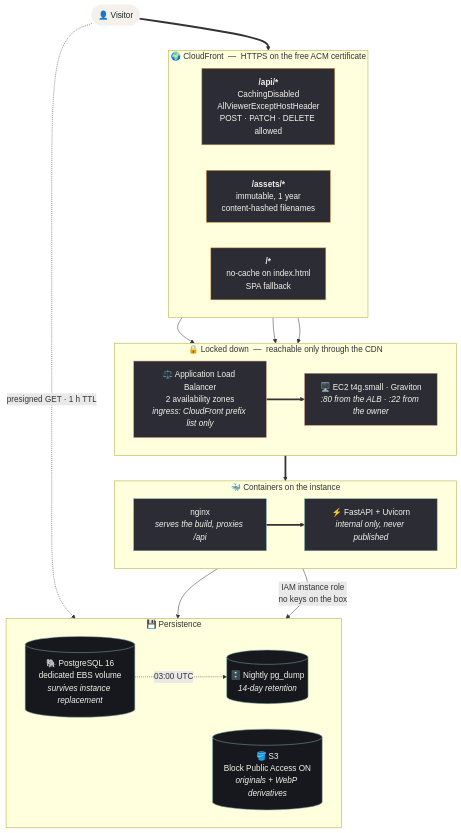
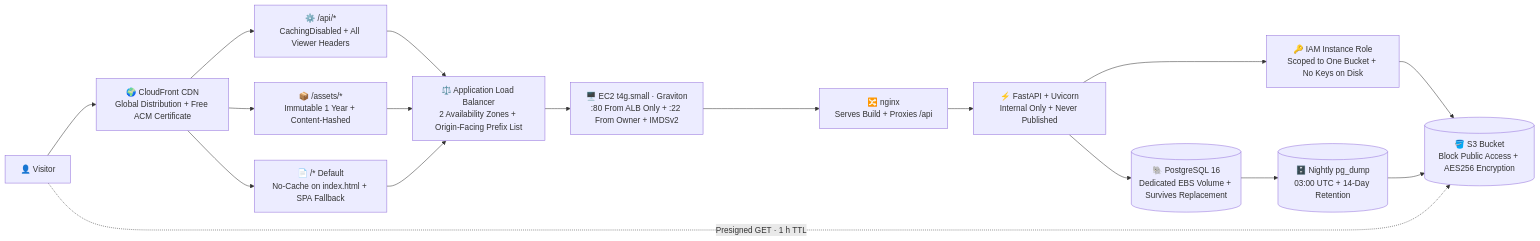
One commit to sylvrs-celeste/dreamDraw changed the diagram in README.md. Above: the diagram before and after it, drawn with Mermaid.

Commit message:
Restyle architecture diagram to a flat left-to-right flow

````diff
--- a/README.md
+++ b/README.md
@@ -32,50 +32,31 @@
 ```mermaid
-graph TD
-    V(["👤 Visitor"])
+graph LR
 
-    subgraph EDGE ["🌍 CloudFront &nbsp;&mdash;&nbsp; HTTPS on the free ACM certificate"]
-        direction LR
-        API_B["<b>/api/*</b><br/>CachingDisabled<br/>AllViewerExceptHostHeader<br/>POST · PATCH · DELETE allowed"]
-        AST_B["<b>/assets/*</b><br/>immutable, 1 year<br/>content-hashed filenames"]
-        APP_B["<b>/*</b><br/>no-cache on index.html<br/>SPA fallback"]
-    end
+  %% ============= USER ENTRY =============
+  U[👤 Visitor] --> CF[🌍 CloudFront CDN<br/>Global Distribution + Free ACM Certificate]
 
-    subgraph NET ["🔒 Locked down &nbsp;&mdash;&nbsp; reachable only through the CDN"]
-        direction LR
-        ALB["⚖️ Application Load Balancer<br/>2 availability zones<br/><i>ingress: CloudFront prefix list only</i>"]
-        EC2["🖥️ EC2 t4g.small · Graviton<br/><i>:80 from the ALB · :22 from the owner</i>"]
-    end
+  %% ============= EDGE BEHAVIOURS =============
+  CF --> APIB[⚙️ /api/*<br/>CachingDisabled + All Viewer Headers]
+  CF --> ASTB[📦 /assets/*<br/>Immutable 1 Year + Content-Hashed]
+  CF --> APPB[📄 /* Default<br/>No-Cache on index.html + SPA Fallback]
 
-    subgraph HOST ["🐳 Containers on the instance"]
-        direction LR
-        WEB["nginx<br/><i>serves the build, proxies /api</i>"]
-        API["⚡ FastAPI + Uvicorn<br/><i>internal only, never published</i>"]
-    end
+  %% ============= NETWORK LOCKDOWN =============
+  APIB --> ALB[⚖️ Application Load Balancer<br/>2 Availability Zones + Origin-Facing Prefix List]
+  ASTB --> ALB
+  APPB --> ALB
+  ALB --> EC2[🖥️ EC2 t4g.small · Graviton<br/>:80 From ALB Only + :22 From Owner + IMDSv2]
 
-    subgraph DATA ["💾 Persistence"]
-        direction LR
-        DB[("🐘 PostgreSQL 16<br/>dedicated EBS volume<br/><i>survives instance replacement</i>")]
-        S3[("🪣 S3<br/>Block Public Access ON<br/><i>originals + WebP derivatives</i>")]
-        BAK[("🗄️ Nightly pg_dump<br/><i>14-day retention</i>")]
-    end
+  %% ============= CONTAINERS =============
+  EC2 --> WEB[🔀 nginx<br/>Serves Build + Proxies /api]
+  WEB --> API[⚡ FastAPI + Uvicorn<br/>Internal Only + Never Published]
 
-    V ==> EDGE
-    API_B & AST_B & APP_B --> ALB
-    ALB ==> EC2 ==> WEB ==> API
-    API --> DB
-    API -->|"IAM instance role<br/>no keys on the box"| S3
-    DB -.->|"03:00 UTC"| BAK
-    V -. "presigned GET · 1 h TTL" .-> S3
+  %% ============= PERSISTENCE =============
+  API --> DB[(🐘 PostgreSQL 16<br/>Dedicated EBS Volume + Survives Replacement)]
+  API --> IAM[🔑 IAM Instance Role<br/>Scoped to One Bucket + No Keys on Disk]
+  IAM --> S3[(🪣 S3 Bucket<br/>Block Public Access + AES256 Encryption)]
 
-    classDef edge fill:#2b2c34,stroke:#d99a4e,stroke-width:1px,color:#f4f1ea
-    classDef net fill:#2b2c34,stroke:#cd957c,stroke-width:1px,color:#f4f1ea
-    classDef host fill:#2b2c34,stroke:#7aaba8,stroke-width:1px,color:#f4f1ea
-    classDef data fill:#17181d,stroke:#7aaba8,stroke-width:1px,color:#f4f1ea
-    classDef visitor fill:#f4f1ea,stroke:#f4f1ea,color:#22232a
-
-    class API_B,AST_B,APP_B edge
-    class ALB,EC2 net
-    class WEB,API host
-    class DB,S3,BAK data
-    class V visitor
+  %% ============= BACKUP & DELIVERY =============
+  DB --> BAK[(🗄️ Nightly pg_dump<br/>03:00 UTC + 14-Day Retention)]
+  BAK --> S3
+  U -.->|Presigned GET · 1 h TTL| S3
 ```
````
